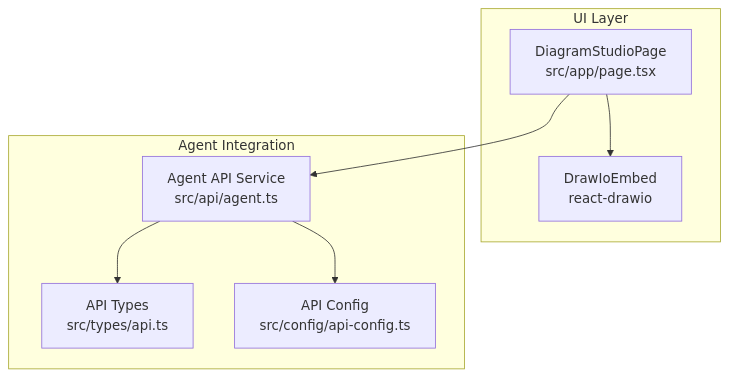
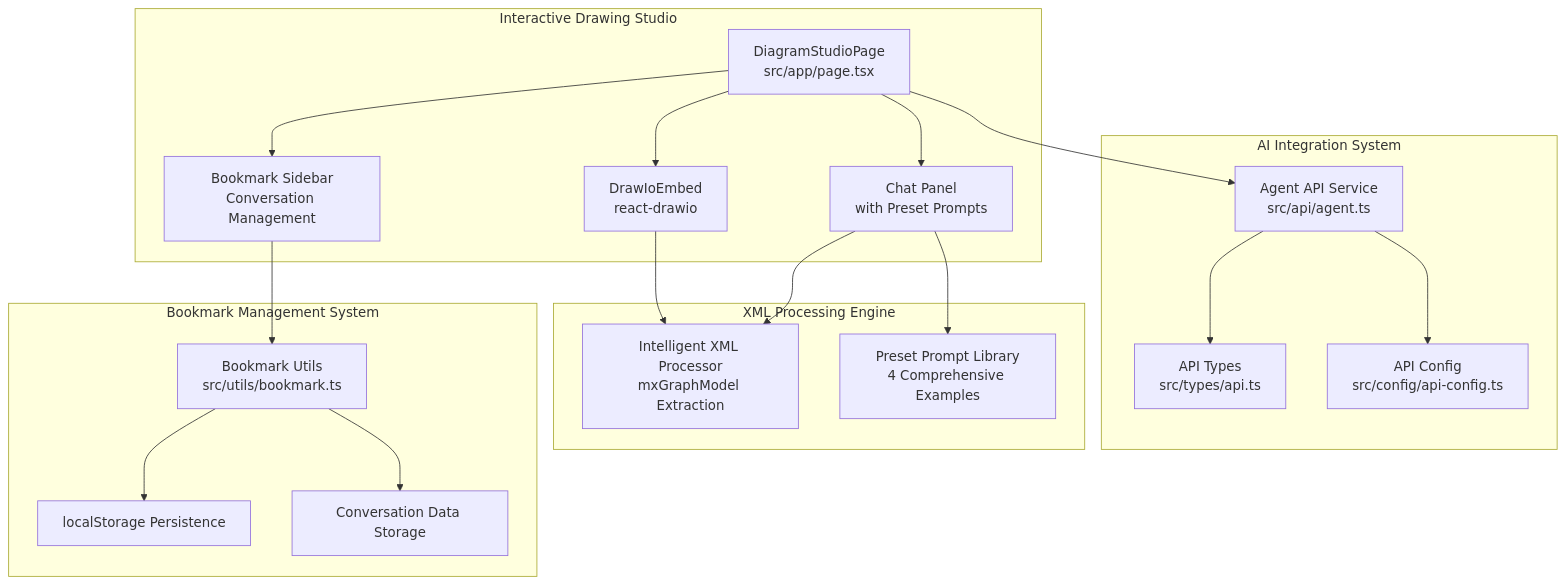
The first of 15 diagrams in .qoder/repowiki/en/content/Diagram Editor.md (shrekboss/agent-draw-io-front), drawn with Mermaid before and after one commit. The commit also changed other lines of this file and 13 other files, not shown here.

Commit message:
feat(agent-draw-io-front): 优化交互式画图

````diff
--- a/.qoder/repowiki/en/content/Diagram Editor.md
+++ b/.qoder/repowiki/en/content/Diagram Editor.md
@@ -37,16 +51,35 @@
 ```mermaid
 graph TB
-subgraph "UI Layer"
+subgraph "Interactive Drawing Studio"
 Page["DiagramStudioPage<br/>src/app/page.tsx"]
 DrawIo["DrawIoEmbed<br/>react-drawio"]
+ChatPanel["Chat Panel<br/>with Preset Prompts"]
+BookmarkSidebar["Bookmark Sidebar<br/>Conversation Management"]
 end
-subgraph "Agent Integration"
+subgraph "AI Integration System"
 AgentAPI["Agent API Service<br/>src/api/agent.ts"]
 Types["API Types<br/>src/types/api.ts"]
 Config["API Config<br/>src/config/api-config.ts"]
 end
+subgraph "XML Processing Engine"
+XMLProcessor["Intelligent XML Processor<br/>mxGraphModel Extraction"]
+PresetPrompts["Preset Prompt Library<br/>4 Comprehensive Examples"]
+end
+subgraph "Bookmark Management System"
+BookmarkUtils["Bookmark Utils<br/>src/utils/bookmark.ts"]
+LocalStorage["localStorage Persistence"]
+ConversationStorage["Conversation Data Storage"]
+end
 Page --> DrawIo
+Page --> ChatPanel
+Page --> BookmarkSidebar
 Page --> AgentAPI
 AgentAPI --> Config
 AgentAPI --> Types
+ChatPanel --> PresetPrompts
+ChatPanel --> XMLProcessor
+DrawIo --> XMLProcessor
+BookmarkSidebar --> BookmarkUtils
+BookmarkUtils --> LocalStorage
+BookmarkUtils --> ConversationStorage
 ```
````
